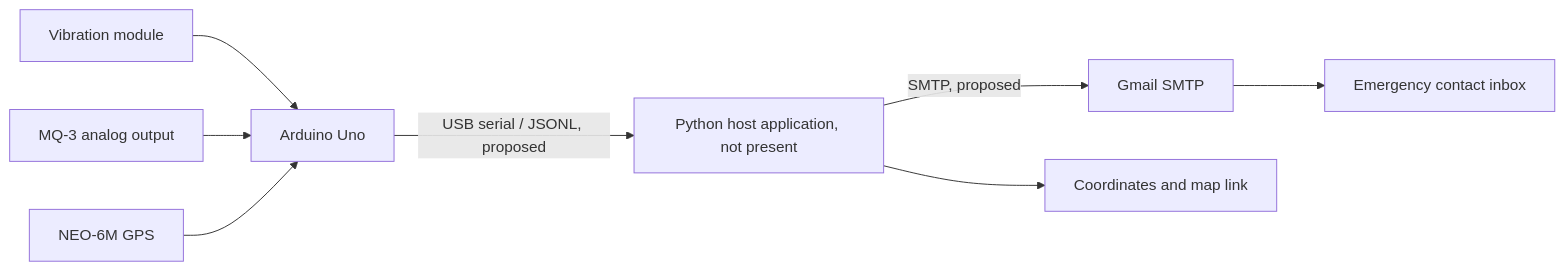
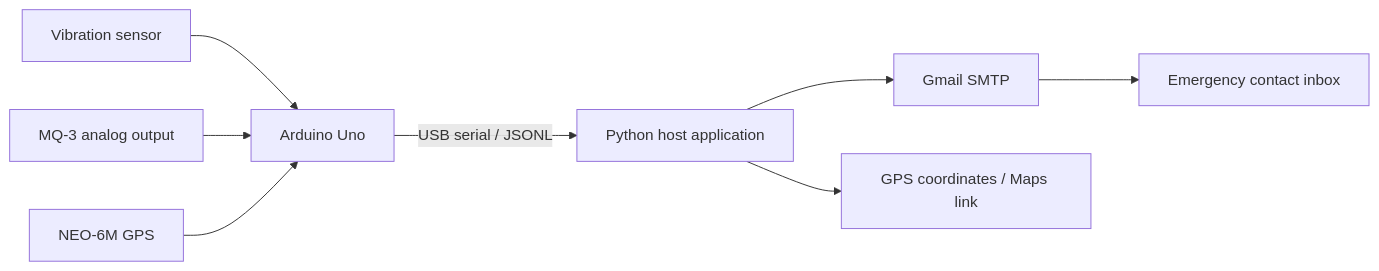
One commit to vivekanandnaikk/Vehicle-Accident-Alert-System changed the diagram in README.md. Above: the diagram before and after it, drawn with Mermaid. The commit also changed other lines of this file and 3 other files, not shown here.

````diff
--- a/README.md
+++ b/README.md
@@ -40,10 +65,10 @@
 ```mermaid
 flowchart LR
-    V[Vibration module] --> A[Arduino Uno]
+    V[Vibration sensor] --> A[Arduino Uno]
     M[MQ-3 analog output] --> A
     G[NEO-6M GPS] --> A
-    A -->|USB serial / JSONL, proposed| P[Python host application, not present]
-    P -->|SMTP, proposed| E[Gmail SMTP]
+    A -->|USB serial / JSONL| P[Python host application]
+    P --> E[Gmail SMTP]
     E --> R[Emergency contact inbox]
-    P --> L[Coordinates and map link]
+    P --> L[GPS coordinates / Maps link]
 ```
````
